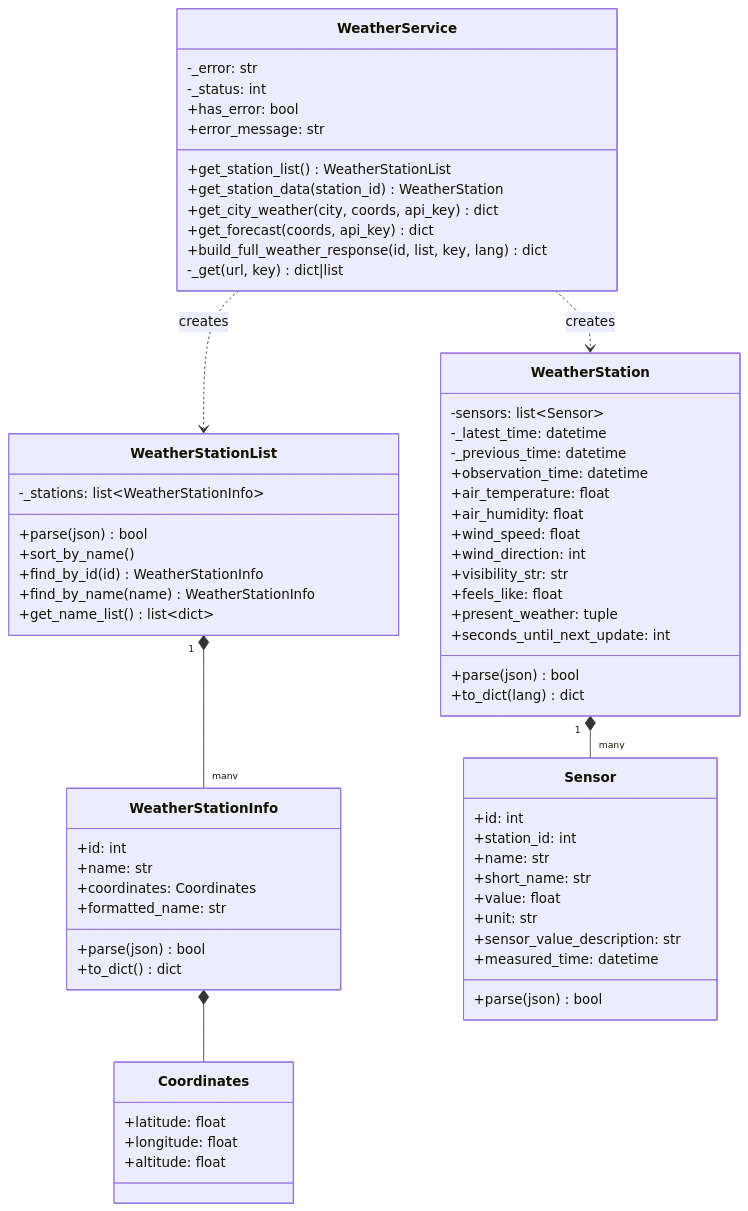
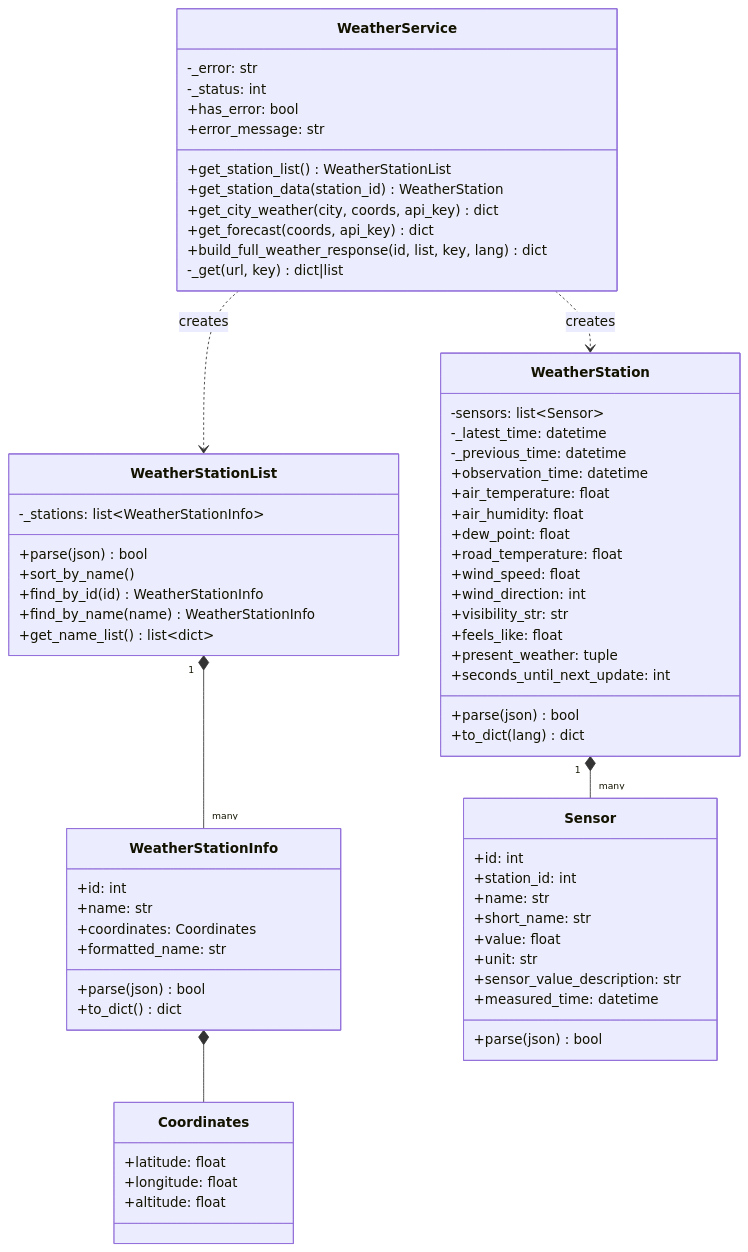
Before and after one commit to jjankkil/weatherview-django: the second of 10 diagrams in docs/ARCHITECTURE.md, drawn with Mermaid. The commit also changed other lines of this file and 5 other files, not shown here.

Commit message:
Add dewpoint and road surface temperature

````diff
--- a/docs/ARCHITECTURE.md
+++ b/docs/ARCHITECTURE.md
@@ -85,74 +85,76 @@
 ```mermaid
 classDiagram
     class WeatherService {
         -_error: str
         -_status: int
         +has_error: bool
         +error_message: str
         +get_station_list() WeatherStationList
         +get_station_data(station_id) WeatherStation
         +get_city_weather(city, coords, api_key) dict
         +get_forecast(coords, api_key) dict
         +build_full_weather_response(id, list, key, lang) dict
         -_get(url, key) dict|list
     }
 
     class WeatherStationList {
         -_stations: list~WeatherStationInfo~
         +parse(json) bool
         +sort_by_name()
         +find_by_id(id) WeatherStationInfo
         +find_by_name(name) WeatherStationInfo
         +get_name_list() list~dict~
     }
 
     class WeatherStationInfo {
         +id: int
         +name: str
         +coordinates: Coordinates
         +formatted_name: str
         +parse(json) bool
         +to_dict() dict
     }
 
     class Coordinates {
         +latitude: float
         +longitude: float
         +altitude: float
     }
 
     class WeatherStation {
         -sensors: list~Sensor~
         -_latest_time: datetime
         -_previous_time: datetime
         +parse(json) bool
         +observation_time: datetime
         +air_temperature: float
         +air_humidity: float
+        +dew_point: float
+        +road_temperature: float
         +wind_speed: float
         +wind_direction: int
         +visibility_str: str
         +feels_like: float
         +present_weather: tuple
         +seconds_until_next_update: int
         +to_dict(lang) dict
     }
 
     class Sensor {
         +id: int
         +station_id: int
         +name: str
         +short_name: str
         +value: float
         +unit: str
         +sensor_value_description: str
         +measured_time: datetime
         +parse(json) bool
     }
 
     WeatherService ..> WeatherStationList : creates
     WeatherService ..> WeatherStation : creates
     WeatherStationList "1" *-- "many" WeatherStationInfo
     WeatherStationInfo *-- Coordinates
     WeatherStation "1" *-- "many" Sensor
 ```
````
